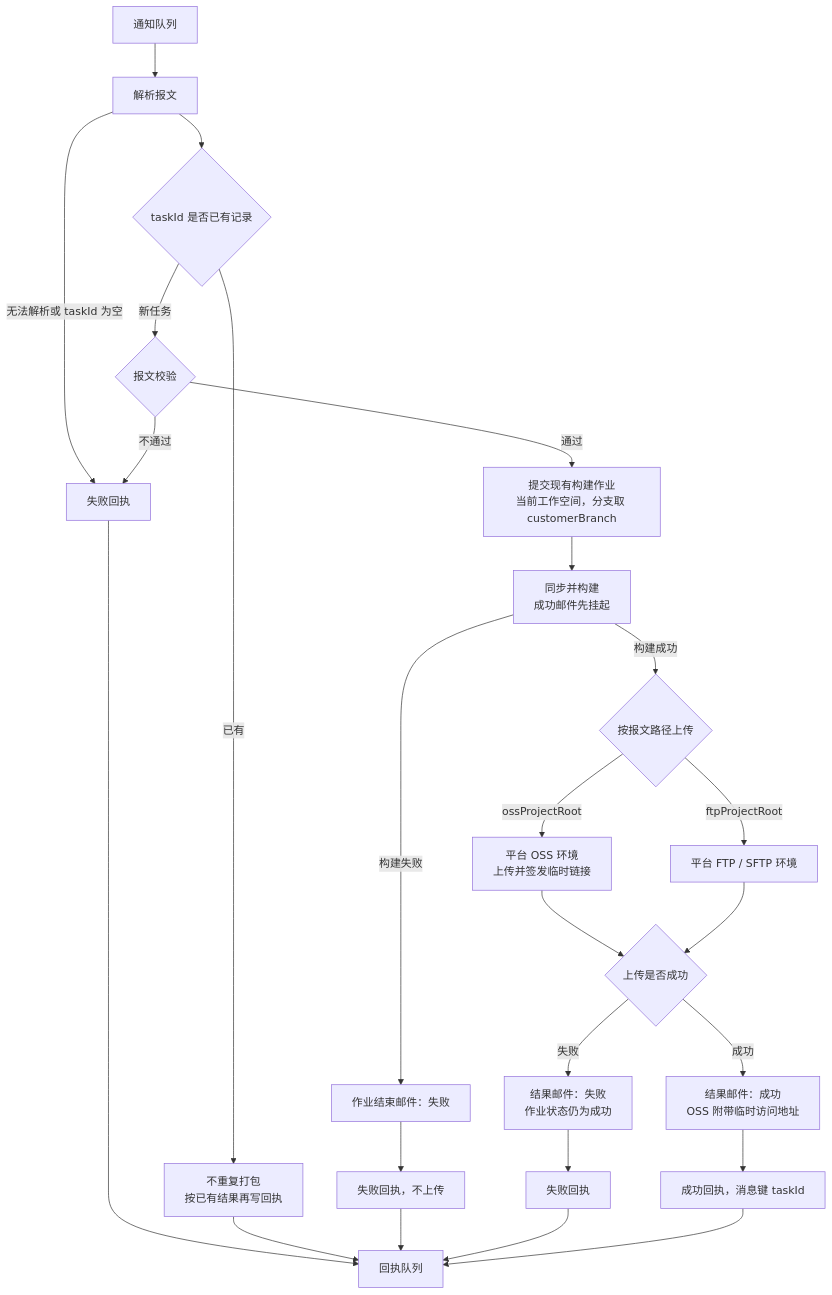
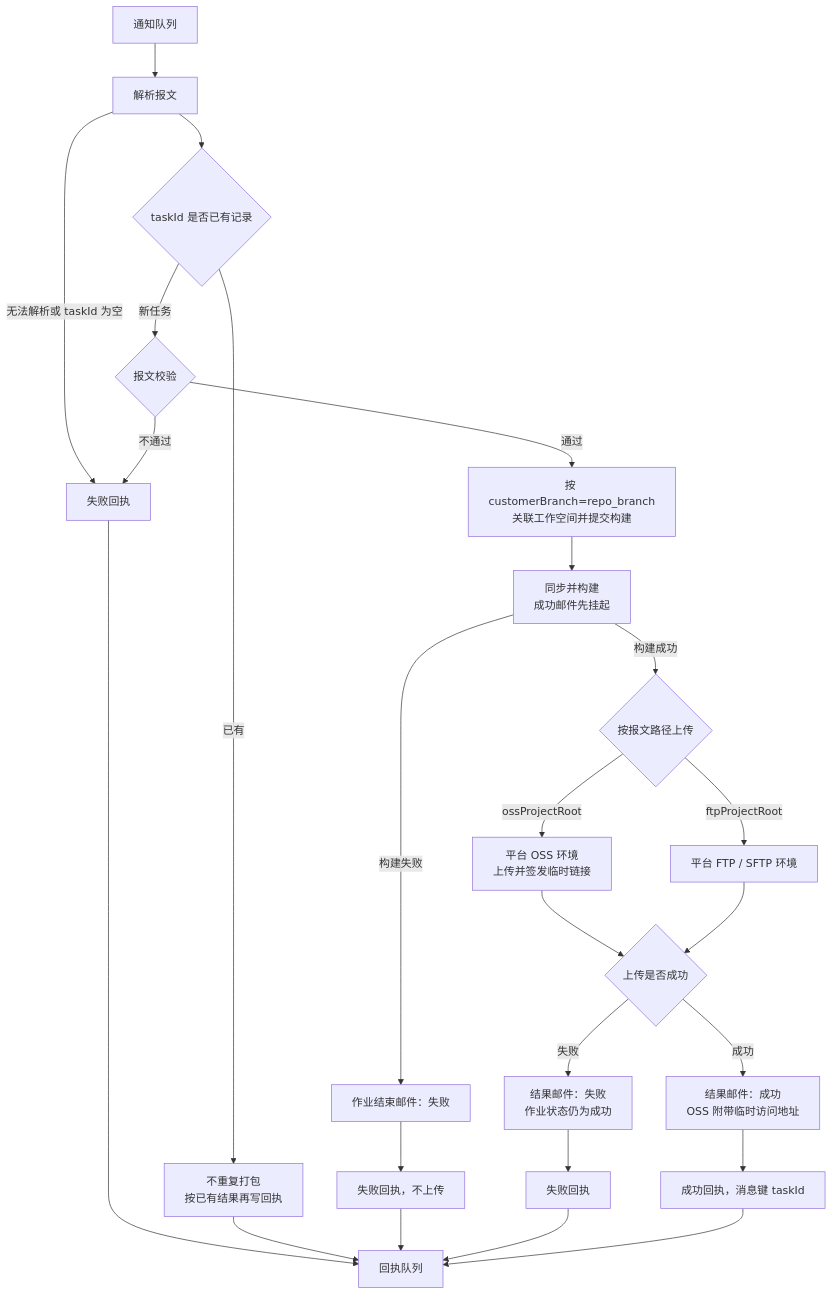
One commit to fluxsce/auto-pack changed the diagram in README.md. Above: the diagram before and after it, drawn with Mermaid. The commit also changed other lines of this file and 56 other files, not shown here.

````diff
--- a/README.md
+++ b/README.md
@@ -106,27 +110,27 @@
 ```mermaid
 flowchart TD
   MQ["通知队列"] --> Parse["解析报文"]
   Parse -->|无法解析或 taskId 为空| ReceiptFail["失败回执"]
   Parse --> Claim{"taskId 是否已有记录"}
   Claim -->|已有| Replay["不重复打包<br/>按已有结果再写回执"]
   Claim -->|新任务| Check{"报文校验"}
   Check -->|不通过| ReceiptFail
-  Check -->|通过| Job["提交现有构建作业<br/>当前工作空间，分支取 customerBranch"]
+  Check -->|通过| Job["按 customerBranch=repo_branch<br/>关联工作空间并提交构建"]
   Job --> Run["同步并构建<br/>成功邮件先挂起"]
   Run -->|构建失败| FailMail["作业结束邮件：失败"]
   FailMail --> ReceiptBuild["失败回执，不上传"]
   Run -->|构建成功| Upload{"按报文路径上传"}
   Upload -->|ossProjectRoot| OSS["平台 OSS 环境<br/>上传并签发临时链接"]
   Upload -->|ftpProjectRoot| FTP["平台 FTP / SFTP 环境"]
   OSS --> UpOK{"上传是否成功"}
   FTP --> UpOK
   UpOK -->|失败| UpMail["结果邮件：失败<br/>作业状态仍为成功"]
   UpMail --> ReceiptUp["失败回执"]
   UpOK -->|成功| OkMail["结果邮件：成功<br/>OSS 附带临时访问地址"]
   OkMail --> ReceiptOK["成功回执，消息键 taskId"]
   ReceiptFail --> MQOut["回执队列"]
   Replay --> MQOut
   ReceiptBuild --> MQOut
   ReceiptUp --> MQOut
   ReceiptOK --> MQOut
 ```
````
